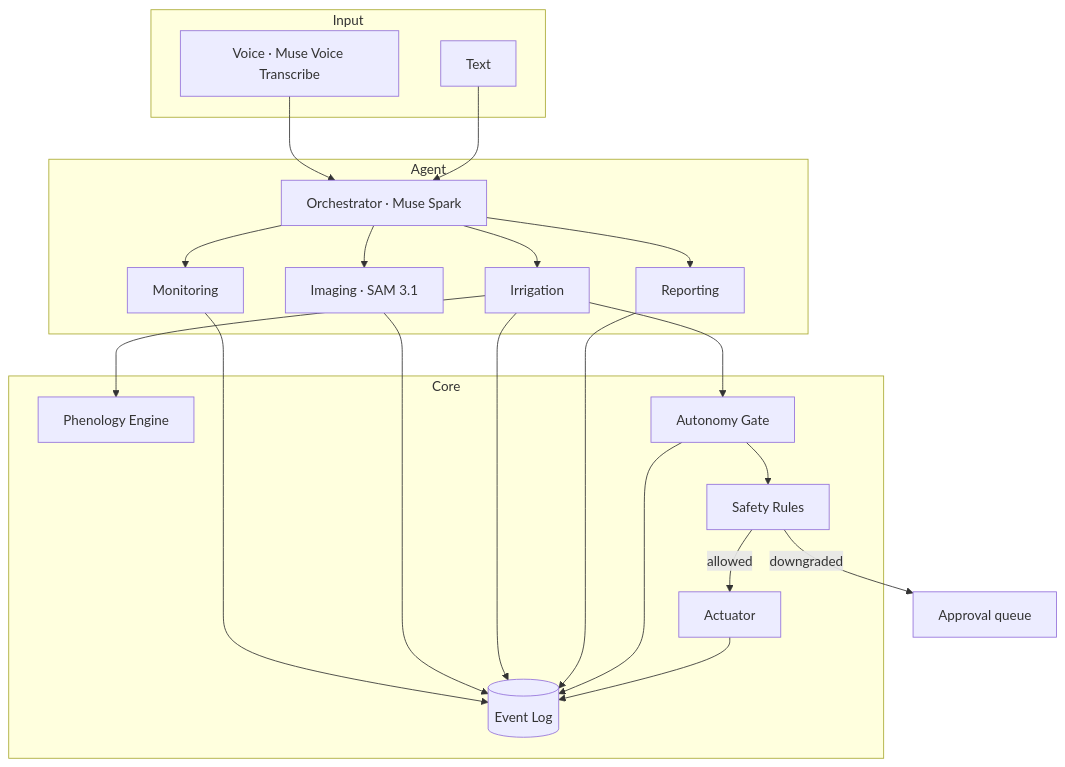
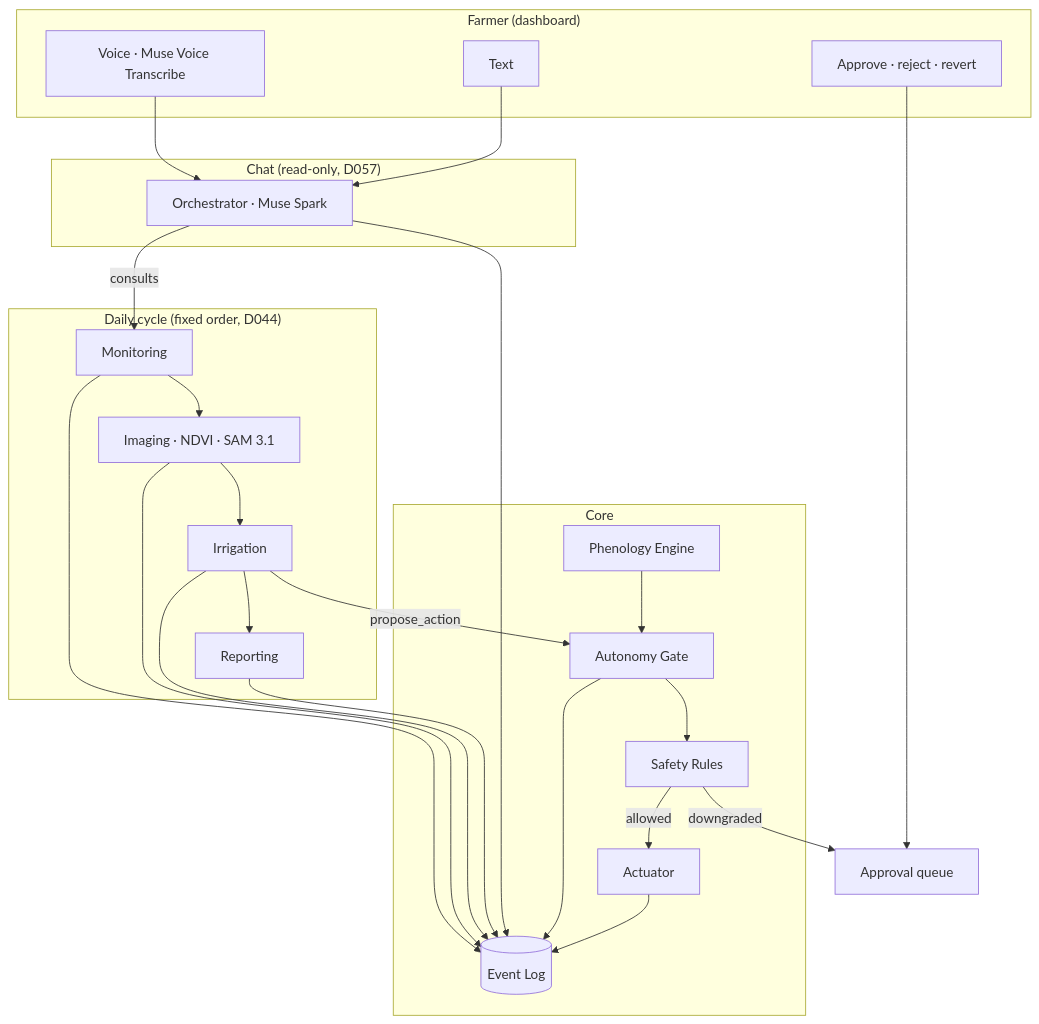
One commit to EdwinSteve/FieldPilot changed the sixth of 6 diagrams in README.md. Above: the diagram before and after it, drawn with Mermaid. The commit also changed other lines of this file and 20 other files, not shown here.

````diff
--- a/README.md
+++ b/README.md
@@ -297,31 +297,33 @@
 ```mermaid
 flowchart TB
-    subgraph Input
+    subgraph Farmer["Farmer (dashboard)"]
         V[Voice · Muse Voice Transcribe]
         T[Text]
+        D[Approve · reject · revert]
     end
-    subgraph Agent
+    subgraph Cycle["Daily cycle (fixed order, D044)"]
+        SM[Monitoring] --> SI[Imaging · NDVI · SAM 3.1] --> SR[Irrigation] --> SP[Reporting]
+    end
+    subgraph Chat["Chat (read-only, D057)"]
         O[Orchestrator · Muse Spark]
-        O --> SM[Monitoring]
-        O --> SI[Imaging · SAM 3.1]
-        O --> SR[Irrigation]
-        O --> SP[Reporting]
     end
     subgraph Core
         PE[Phenology Engine]
         AG[Autonomy Gate]
         SC[Safety Rules]
         AC[Actuator]
         EL[(Event Log)]
     end
     V --> O
     T --> O
-    SR --> PE
-    SR --> AG
+    O -- consults --> SM
+    SR -- propose_action --> AG
+    PE --> AG
     AG --> SC
     SC -- allowed --> AC
     SC -- downgraded --> AP[Approval queue]
-    SM & SI & SR & SP --> EL
+    D --> AP
+    SM & SI & SR & SP & O --> EL
     AG --> EL
     AC --> EL
 ```
````
